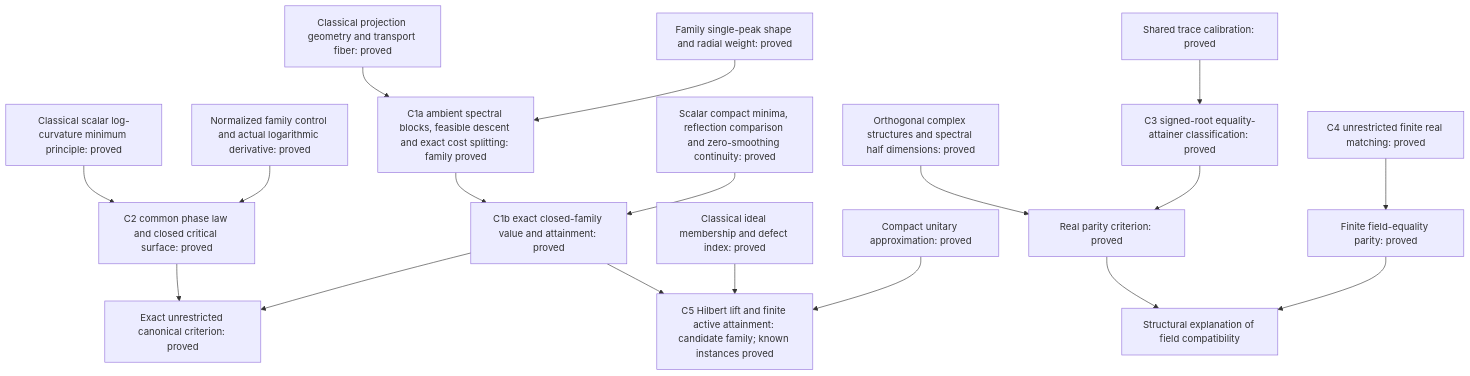
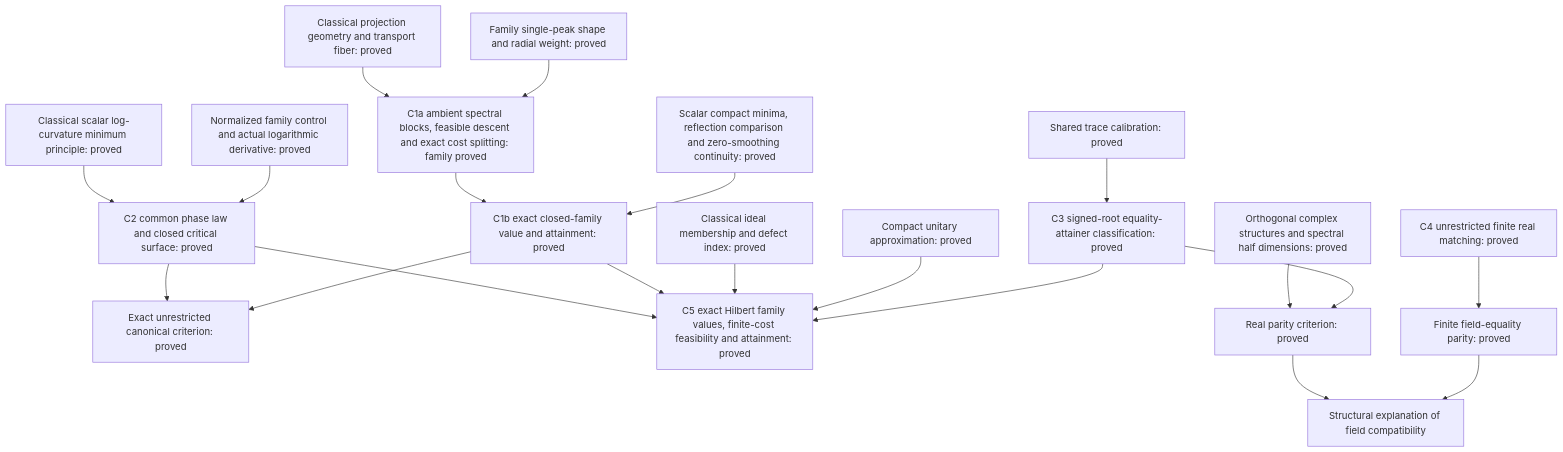
The diagram in dev/spectral-transport-publication-core.md (AIQ-Kitware/aiq-dkps-formalization), drawn with Mermaid before and after one commit. The commit also changed other lines of this file and 16 other files, not shown here.

First line of the commit message:
Prove exact Hilbert transport values and attainment for the closed penalty family

````diff
--- a/dev/spectral-transport-publication-core.md
+++ b/dev/spectral-transport-publication-core.md
@@ -278,20 +315,22 @@
 ```mermaid
 flowchart TD
   G[Classical projection geometry and transport fiber: proved] --> D[C1a ambient spectral blocks, feasible descent and exact cost splitting: family proved]
   S[Family single-peak shape and radial weight: proved] --> D
   D --> F[C1b exact closed-family value and attainment: proved]
   B[Scalar compact minima, reflection comparison and zero-smoothing continuity: proved] --> F
   P0[Classical scalar log-curvature minimum principle: proved] --> C[C2 common phase law and closed critical surface: proved]
   N[Normalized family control and actual logarithmic derivative: proved] --> C
   C --> A[Exact unrestricted canonical criterion: proved]
   F --> A
-  F --> L[C5 Hilbert lift and finite active attainment: candidate family; known instances proved]
+  C --> L
+  F --> L[C5 exact Hilbert family values, finite-cost feasibility and attainment: proved]
   I[Classical ideal membership and defect index: proved] --> L
   U[Compact unitary approximation: proved] --> L
   T[Shared trace calibration: proved] --> R[C3 signed-root equality-attainer classification: proved]
   J[Orthogonal complex structures and spectral half dimensions: proved] --> P[Real parity criterion: proved]
   R --> P
+  R --> L
   M[C4 unrestricted finite real matching: proved] --> E[Finite field-equality parity: proved]
   P --> X[Structural explanation of field compatibility]
   E --> X
 ```
````
